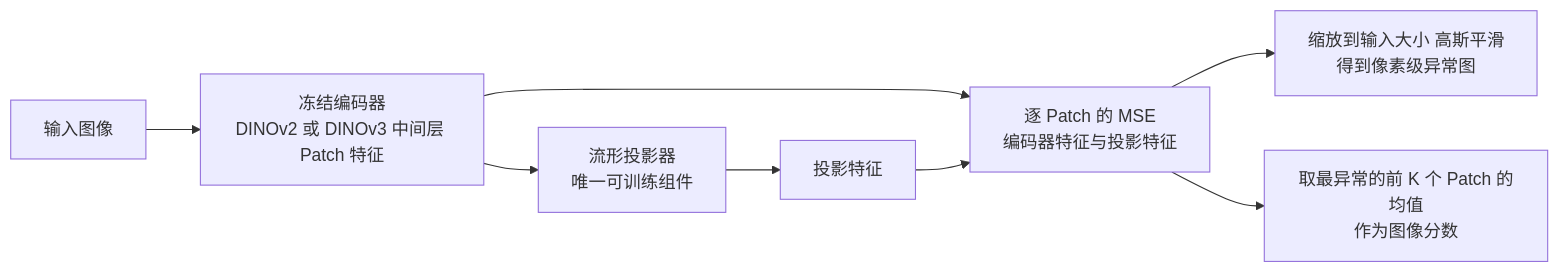
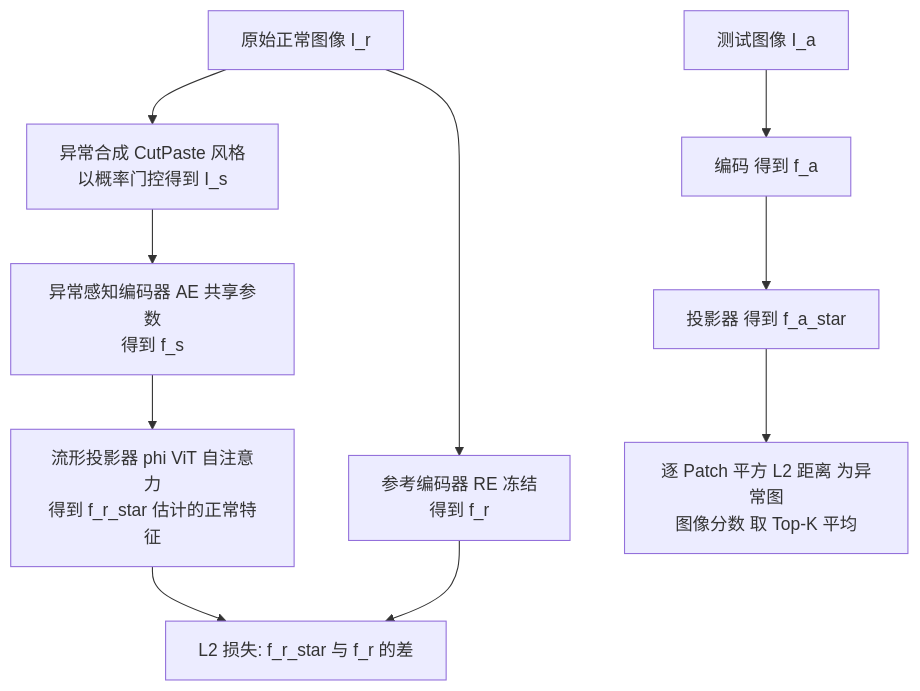
One commit to junxnone/aiwiki changed the diagram in docs/0760_paper_FoundAD.md. Above: the diagram before and after it, drawn with Mermaid. The commit also changed other lines of this file and 1 other file, not shown here.

````diff
--- a/docs/0760_paper_FoundAD.md
+++ b/docs/0760_paper_FoundAD.md
@@ -19,10 +23,12 @@
 ```mermaid
-graph LR
-    X["输入图像"] --> E["冻结编码器<br/>DINOv2 或 DINOv3 中间层 Patch 特征"]
-    E --> P["流形投影器<br/>唯一可训练组件"]
-    P --> M["投影特征"]
-    E --> D["逐 Patch 的 MSE<br/>编码器特征与投影特征"]
-    M --> D
-    D --> A["缩放到输入大小 高斯平滑<br/>得到像素级异常图"]
-    D --> S["取最异常的前 K 个 Patch 的均值<br/>作为图像分数"]
+graph TD
+    IR["原始正常图像 I_r"] --> SYN["异常合成 CutPaste 风格<br/>以概率门控得到 I_s"]
+    IR --> RE["参考编码器 RE 冻结<br/>得到 f_r"]
+    SYN --> AE["异常感知编码器 AE 共享参数<br/>得到 f_s"]
+    AE --> PRJ["流形投影器 phi ViT 自注意力<br/>得到 f_r_star 估计的正常特征"]
+    PRJ --> LOSS["L2 损失: f_r_star 与 f_r 的差"]
+    RE --> LOSS
+    TEST["测试图像 I_a"] --> AE2["编码 得到 f_a"]
+    AE2 --> PRJ2["投影器 得到 f_a_star"]
+    PRJ2 --> SCORE["逐 Patch 平方 L2 距离 为异常图<br/>图像分数 取 Top-K 平均"]
 ```
````
